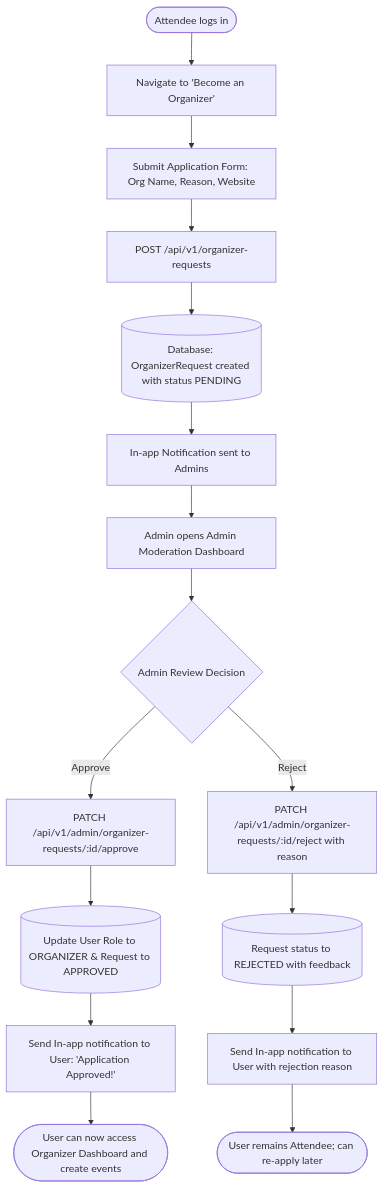
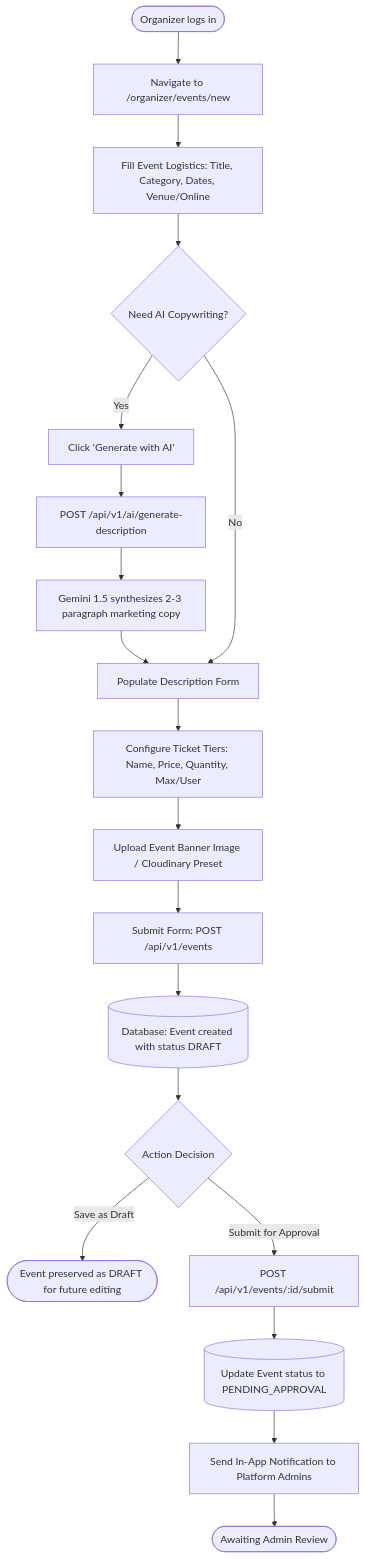
Before and after one commit to meiyarasam/eventra-event-booking: the fourth of 10 diagrams in docs/flows.md, drawn with Mermaid. The commit also changed other lines of this file and 5 other files, not shown here.

````diff
--- a/docs/flows.md
+++ b/docs/flows.md
@@ -61,18 +148,24 @@
 ```mermaid
 flowchart TD
-    A([Attendee logs in]) --> B[Navigate to 'Become an Organizer']
-    B --> C[Submit Application Form: Org Name, Reason, Website]
-    C --> D[POST /api/v1/organizer-requests]
-    D --> E[(Database: OrganizerRequest created with status PENDING)]
-    E --> F[In-app Notification sent to Admins]
-    F --> G[Admin opens Admin Moderation Dashboard]
-    G --> H{Admin Review Decision}
-    H -->|Approve| I[PATCH /api/v1/admin/organizer-requests/:id/approve]
-    H -->|Reject| J[PATCH /api/v1/admin/organizer-requests/:id/reject with reason]
-    I --> K[(Update User Role to ORGANIZER & Request to APPROVED)]
-    J --> L[(Request status to REJECTED with feedback)]
-    K --> M[Send In-app notification to User: 'Application Approved!']
-    L --> N[Send In-app notification to User with rejection reason]
-    M --> O([User can now access Organizer Dashboard and create events])
-    N --> P([User remains Attendee; can re-apply later])
+    A([Organizer logs in]) --> B[Navigate to /organizer/events/new]
+    B --> C[Fill Event Logistics: Title, Category, Dates, Venue/Online]
+    C --> D{Need AI Copywriting?}
+    
+    D -->|Yes| E[Click 'Generate with AI']
+    E --> F[POST /api/v1/ai/generate-description]
+    F --> G[Gemini 1.5 synthesizes 2-3 paragraph marketing copy]
+    G --> H[Populate Description Form]
+    D -->|No| H
+    
+    H --> I[Configure Ticket Tiers: Name, Price, Quantity, Max/User]
+    I --> J[Upload Event Banner Image / Cloudinary Preset]
+    J --> K[Submit Form: POST /api/v1/events]
+    K --> L[(Database: Event created with status DRAFT)]
+    
+    L --> M{Action Decision}
+    M -->|Save as Draft| N([Event preserved as DRAFT for future editing])
+    M -->|Submit for Approval| O[POST /api/v1/events/:id/submit]
+    O --> P[(Update Event status to PENDING_APPROVAL)]
+    P --> Q[Send In-App Notification to Platform Admins]
+    Q --> R([Awaiting Admin Review])
 ```
````
